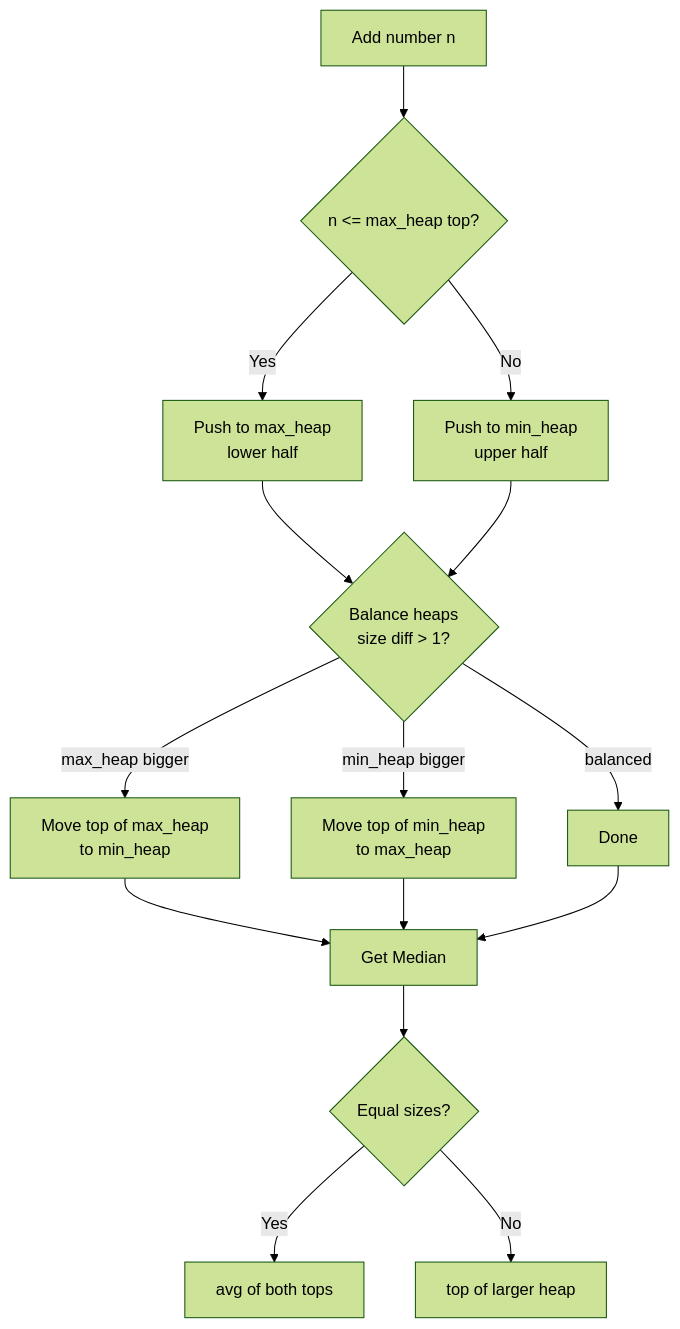
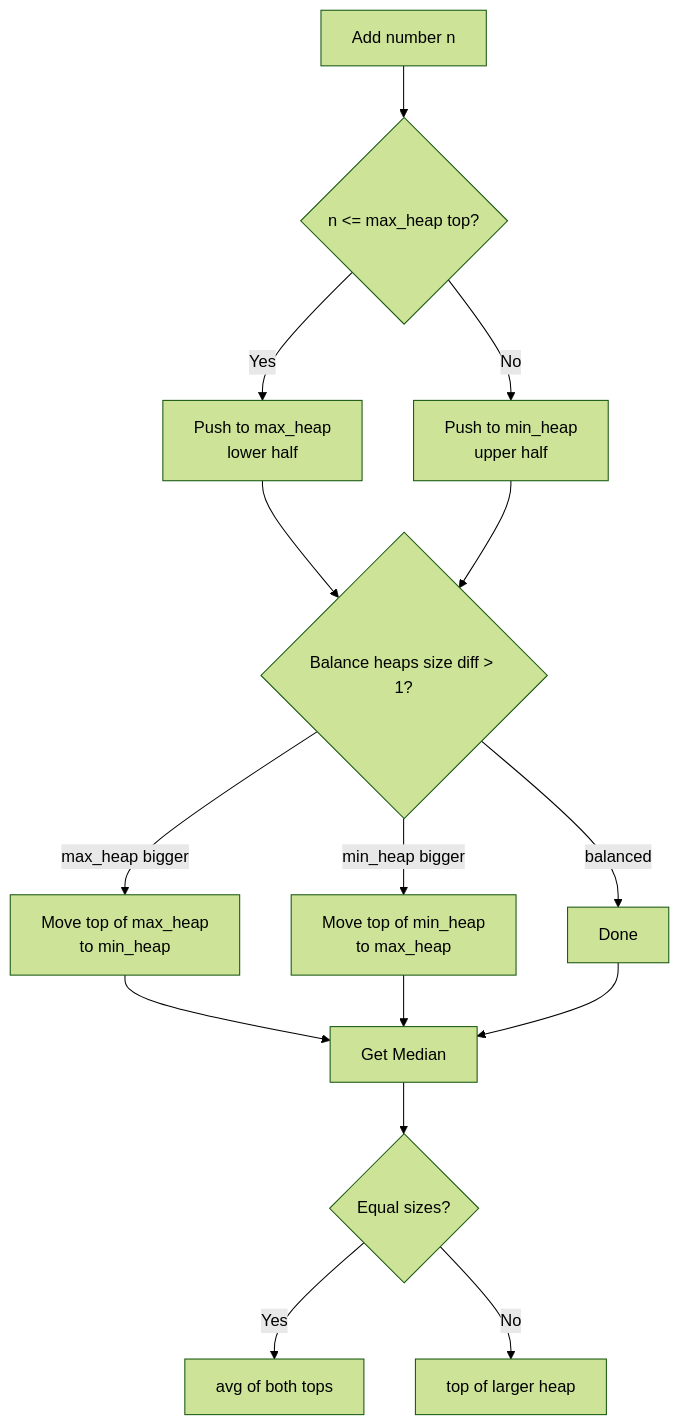
The fourth of 7 diagrams in heap/README.md (deepanshu-rawat6/AlgoAtlas), drawn with Mermaid (forest theme) before and after one commit. The commit also changed other lines of this file and 43 other files, not shown here.

````diff
--- a/heap/README.md
+++ b/heap/README.md
@@ -77,17 +77,17 @@
 ```mermaid
 flowchart TD
-    A[Add number n] --> B{n <= max_heap top?}
+    A[Add number n] --> B{"n <= max_heap top?"}
     B -- Yes --> C[Push to max_heap<br>lower half]
     B -- No --> D[Push to min_heap<br>upper half]
-    C --> E{Balance heaps<br>size diff > 1?}
+    C --> E{"Balance heaps size diff > 1?"}
     D --> E
     E -- max_heap bigger --> F[Move top of max_heap<br>to min_heap]
     E -- min_heap bigger --> G[Move top of min_heap<br>to max_heap]
     E -- balanced --> H[Done]
     F --> I[Get Median]
     G --> I
     H --> I
-    I --> J{Equal sizes?}
+    I --> J{"Equal sizes?"}
     J -- Yes --> K[avg of both tops]
     J -- No --> L[top of larger heap]
 ```
````
